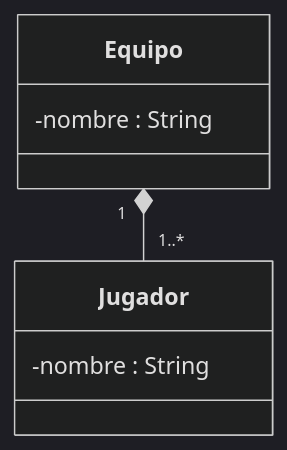
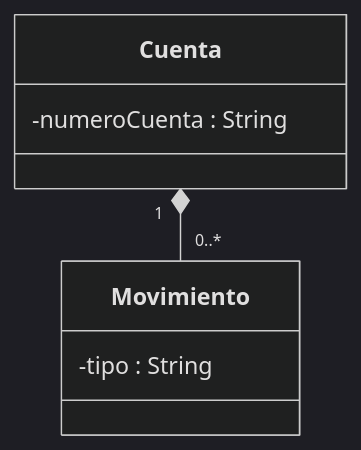
Before and after one commit to santiagoSuarez219/nodo-edu: the fourth of 4 diagrams in content/cursos/estructuras-de-datos/asociacion-agregacion-y-composicion.mdx, drawn with Mermaid (dark theme). The commit also changed other lines of this file and 3 other files, not shown here.

````diff
--- a/content/cursos/estructuras-de-datos/asociacion-agregacion-y-composicion.mdx
+++ b/content/cursos/estructuras-de-datos/asociacion-agregacion-y-composicion.mdx
@@ -212,10 +210,10 @@
 ```mermaid
 classDiagram
-  class Equipo {
-    -nombre : String
+  class Cuenta {
+    -numeroCuenta : String
   }
-  class Jugador {
-    -nombre : String
+  class Movimiento {
+    -tipo : String
   }
-  Equipo "1" *-- "1..*" Jugador
+  Cuenta "1" *-- "0..*" Movimiento
 ```
````
